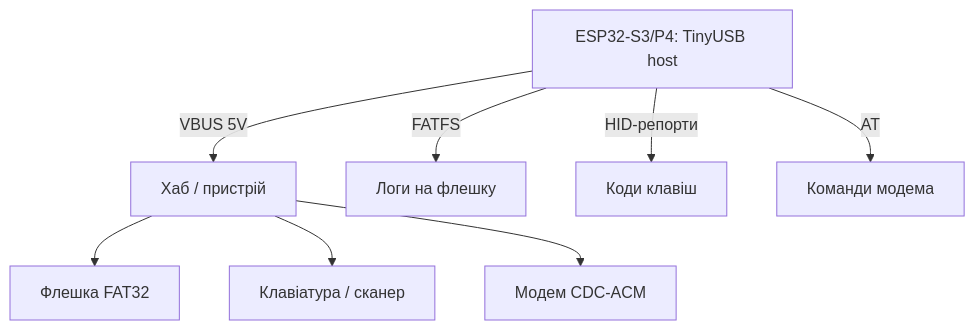
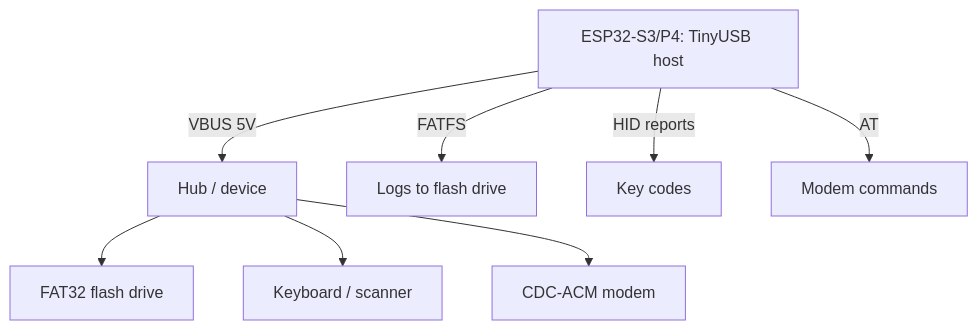
Before and after one commit to ksalab/embedded-reference: the diagram in obsidian_vault/ESP32-Reference/EN/12-Comm-Modules/30-USB-Host.en.md, drawn with Mermaid. The commit also changed other lines of this file and 76 other files, not shown here.

````diff
--- a/obsidian_vault/ESP32-Reference/EN/12-Comm-Modules/30-USB-Host.en.md
+++ b/obsidian_vault/ESP32-Reference/EN/12-Comm-Modules/30-USB-Host.en.md
@@ -37,10 +37,10 @@
 ```mermaid
 flowchart TB
-  ESP[ESP32-S3/P4: TinyUSB host] -->|VBUS 5V| HUB[Хаб / пристрій]
-  HUB --> MSC[Флешка FAT32]
-  HUB --> HID[Клавіатура / сканер]
-  HUB --> CDC[Модем CDC-ACM]
-  ESP -->|FATFS| LOG[Логи на флешку]
-  ESP -->|HID-репорти| KEY[Коди клавіш]
-  ESP -->|AT| MOD[Команди модема]
+  ESP[ESP32-S3/P4: TinyUSB host] -->|VBUS 5V| HUB[Hub / device]
+  HUB --> MSC[FAT32 flash drive]
+  HUB --> HID[Keyboard / scanner]
+  HUB --> CDC[CDC-ACM modem]
+  ESP -->|FATFS| LOG[Logs to flash drive]
+  ESP -->|HID reports| KEY[Key codes]
+  ESP -->|AT| MOD[Modem commands]
 ```
````
